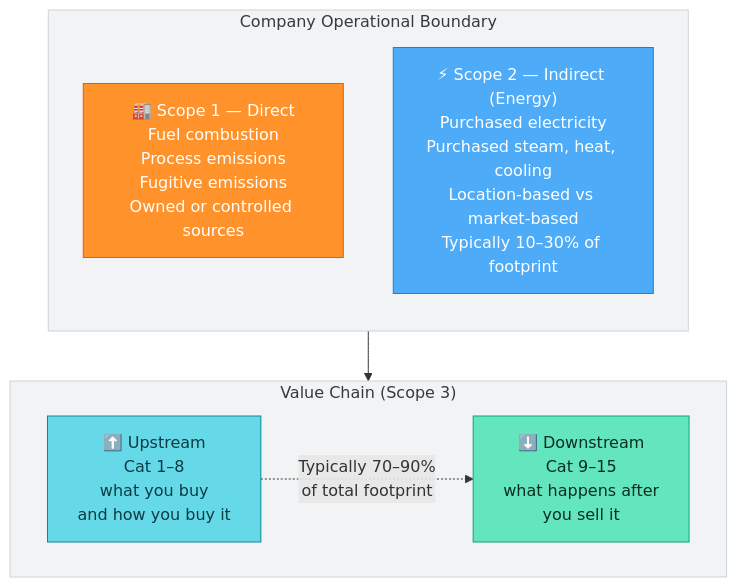
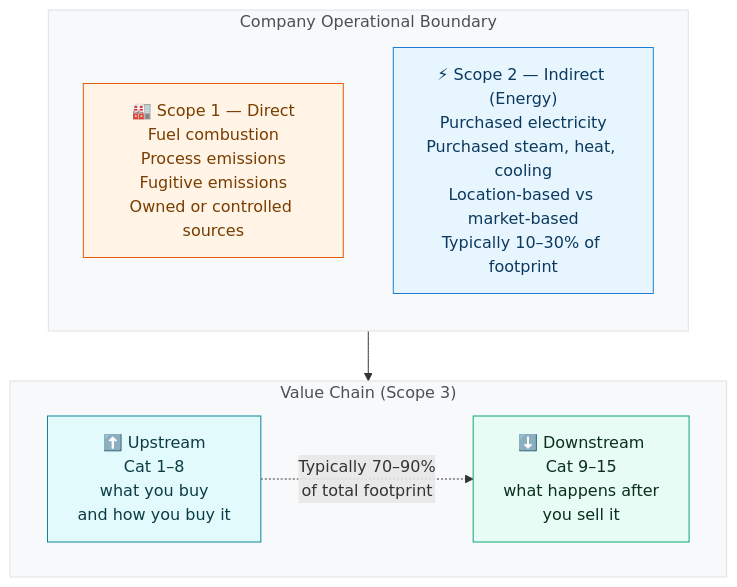
One commit to co3org/Scope3-Challenge changed the first of 6 diagrams in docs/01_scope3_fundamentals.md. Above: the diagram before and after it, drawn with Mermaid. The commit also changed other lines of this file and 11 other files, not shown here.

First line of the commit message:
Soft diagram palette and trim text-wall node labels

````diff
--- a/docs/01_scope3_fundamentals.md
+++ b/docs/01_scope3_fundamentals.md
@@ -19,30 +19,30 @@
 ```mermaid
 flowchart TB
-    classDef s1 fill:#ff922b,stroke:#e8590c,color:#fff;
-    classDef s2 fill:#4dabf7,stroke:#1c7ed6,color:#fff;
-    classDef up fill:#66d9e8,stroke:#0c8599,color:#0b3c44;
-    classDef down fill:#63e6be,stroke:#0ca678,color:#0b2e1d;
-    classDef muted fill:#f1f3f5,stroke:#ced4da,color:#343a40;
+    classDef s1 fill:#fff4e6,stroke:#e8590c,color:#7a3d00;
+    classDef s2 fill:#e7f5ff,stroke:#1c7ed6,color:#0b3a5e;
+    classDef up fill:#e3fafc,stroke:#0c8599,color:#0b3c44;
+    classDef down fill:#e6fcf5,stroke:#0ca678,color:#0b2e1d;
+    classDef muted fill:#f8f9fa,stroke:#dee2e6,color:#495057;
 
     subgraph Company["Company Operational Boundary"]
         direction TB
         S1["🏭 Scope 1 — Direct\nFuel combustion\nProcess emissions\nFugitive emissions\nOwned or controlled sources"]
         S2["⚡ Scope 2 — Indirect (Energy)\nPurchased electricity\nPurchased steam, heat, cooling\nLocation-based vs market-based\nTypically 10–30% of footprint"]
     end
 
     subgraph VC["Value Chain (Scope 3)"]
         direction LR
         UP["⬆️ Upstream\nCat 1–8\nwhat you buy\nand how you buy it"]
         DOWN["⬇️ Downstream\nCat 9–15\nwhat happens after\nyou sell it"]
     end
 
     Company --> VC
     UP -.->|"Typically 70–90%\nof total footprint"| DOWN
 
     class S1 s1;
     class S2 s2;
     class UP up;
     class DOWN down;
     class Company muted;
     class VC muted;
 ```
````
